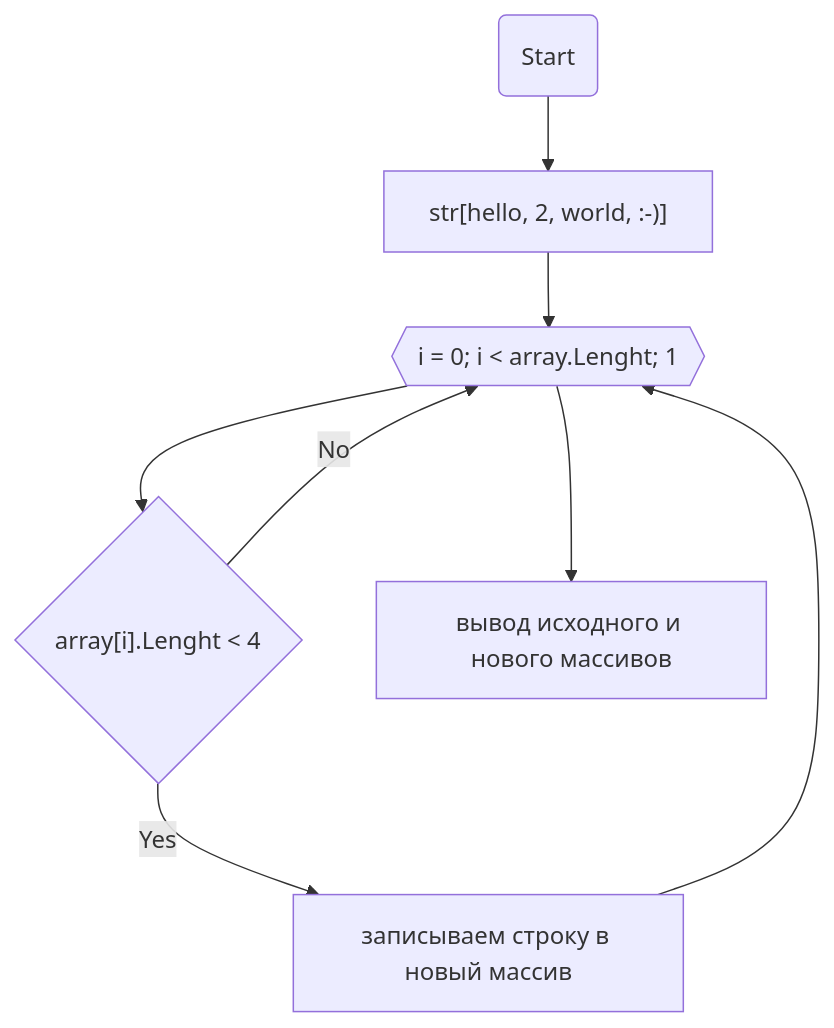
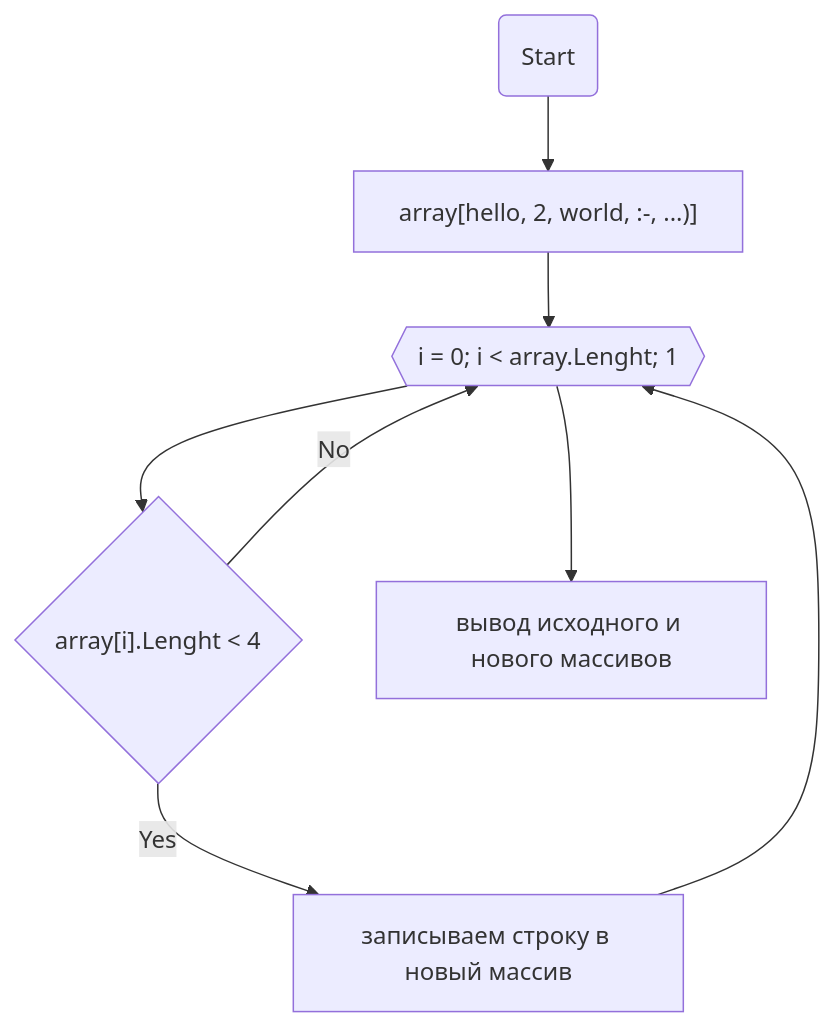
One commit to Adalberto777/FinalTestWork changed the diagram in README.md. Above: the diagram before and after it, drawn with Mermaid.

Commit message:
block diagram

````diff
--- a/README.md
+++ b/README.md
@@ -14,10 +14,10 @@
 ```mermaid
   graph TB;       
-    node1(Start)  --> node2["str[hello, 2, world, :-)]"];
-    node2["str[hello, 2, world, :-)]"] --> node3{{"i = 0; i < array.Lenght; 1"}};
+    node1(Start)  --> node2["array[hello, 2, world, :-, ...)]"];
+    node2["array[hello, 2, world, :-, ...)]"] --> node3{{"i = 0; i < array.Lenght; 1"}};
     node3{{"i = 0; i < array.Lenght; 1"}} --> node4{"array[i].Lenght < 4"};
     node4{"array[i].Lenght < 4"} -- Yes --> node5[записываем строку в новый массив];
     node5[записываем строку в новый массив] --> node3{{"i = 0; i < array.Lenght; 1"}};
     node4{"array[i].Lenght < 4"} -- No --> node3{{"i=0; i<array.Lenght;1"}};
     node3{{"i = 0; i < array.Lenght; 1"}} --> node6[вывод исходного и нового массивов];
 ```
````
